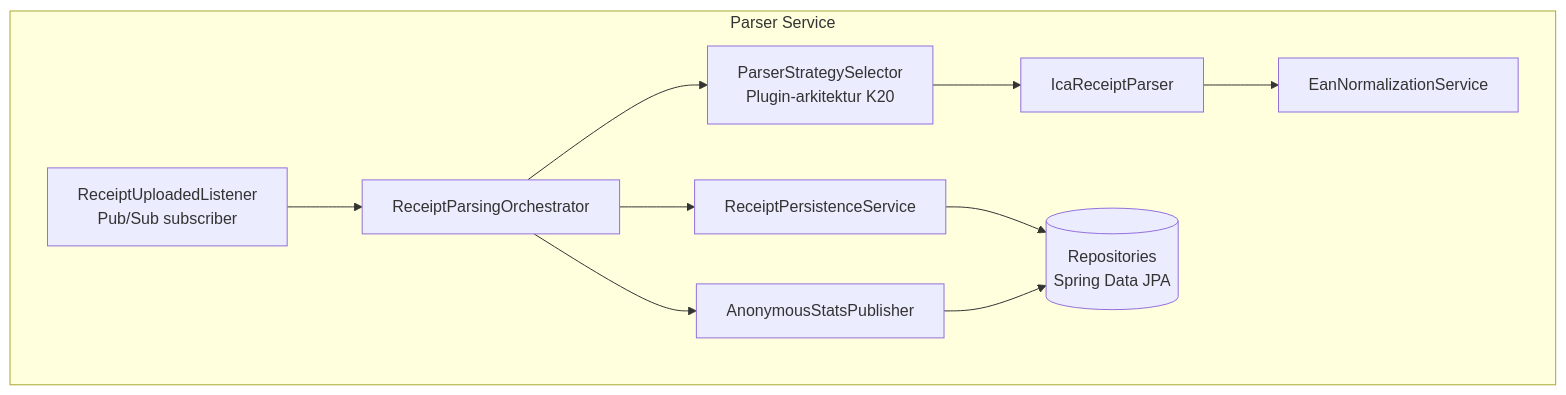
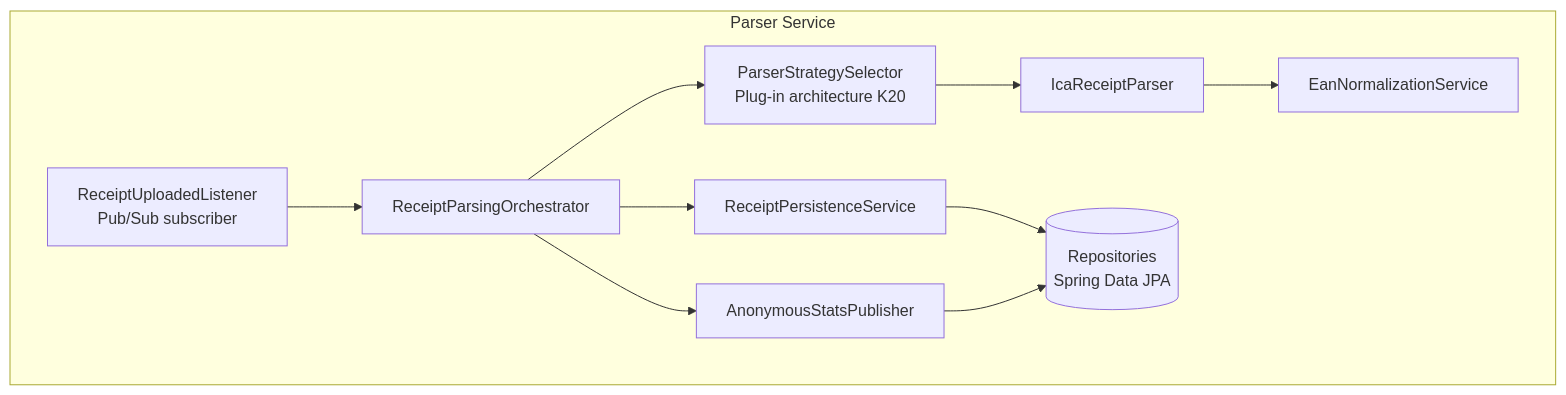
Before and after one commit to pekelund-dev/matdata-2.0: the fourth of 6 diagrams in architecture.md, drawn with Mermaid. The commit also changed other lines of this file and 4 other files, not shown here.

First line of the commit message:
Translate README, glossary, prestudy, architecture, NFR to English

````diff
--- a/architecture.md
+++ b/architecture.md
@@ -146,22 +146,22 @@
 ```mermaid
 graph TD
     subgraph "Parser Service"
         Listener[ReceiptUploadedListener<br/>Pub/Sub subscriber]
         Orchestrator[ReceiptParsingOrchestrator]
-        Strategy[ParserStrategySelector<br/>Plugin-arkitektur K20]
+        Strategy[ParserStrategySelector<br/>Plug-in architecture K20]
         IcaParser[IcaReceiptParser]
         EanService[EanNormalizationService]
         ReceiptWriter[ReceiptPersistenceService]
         StatsWriter[AnonymousStatsPublisher]
         Repo[(Repositories<br/>Spring Data JPA)]
     end
 
     Listener --> Orchestrator
     Orchestrator --> Strategy
     Strategy --> IcaParser
     IcaParser --> EanService
     Orchestrator --> ReceiptWriter
     Orchestrator --> StatsWriter
     ReceiptWriter --> Repo
     StatsWriter --> Repo
 ```
````
